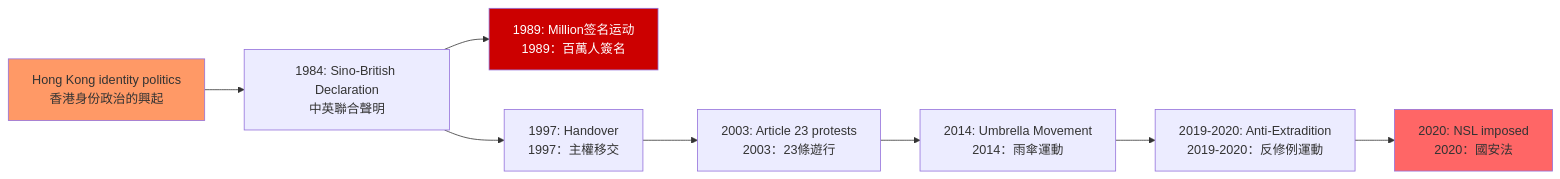
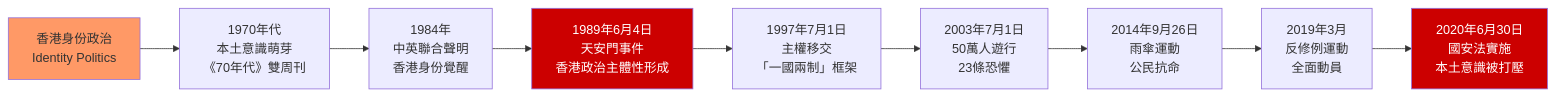
The fifth of 5 diagrams in 01_HKU_Courses/HIST1017_Modern_Hong_Kong.md (yip-lgtm/HKU-Harvard-History-Self-Study), drawn with Mermaid before and after one commit. The commit also changed other lines of this file and 22 other files, not shown here.

````diff
--- a/01_HKU_Courses/HIST1017_Modern_Hong_Kong.md
+++ b/01_HKU_Courses/HIST1017_Modern_Hong_Kong.md
@@ -178,14 +424,15 @@
 ```mermaid
 graph LR
-    A[Hong Kong identity politics<br/>香港身份政治的興起] --> B[1984: Sino-British Declaration<br/>中英聯合聲明]
-    B --> C[1989: Million签名运动<br/>1989：百萬人簽名]
-    B --> D[1997: Handover<br/>1997：主權移交]
-    D --> E[2003: Article 23 protests<br/>2003：23條遊行]
-    E --> F[2014: Umbrella Movement<br/>2014：雨傘運動]
-    F --> G[2019-2020: Anti-Extradition<br/>2019-2020：反修例運動]
-    G --> H[2020: NSL imposed<br/>2020：國安法]
+    A[香港身份政治<br/>Identity Politics] --> B[1970年代<br/>本土意識萌芽<br/>《70年代》雙周刊]
+    B --> C[1984年<br/>中英聯合聲明<br/>香港身份覺醒]
+    C --> D[1989年6月4日<br/>天安門事件<br/>香港政治主體性形成]
+    D --> E[1997年7月1日<br/>主權移交<br/>「一國兩制」框架]
+    E --> F[2003年7月1日<br/>50萬人遊行<br/>23條恐懼]
+    F --> G[2014年9月26日<br/>雨傘運動<br/>公民抗命]
+    G --> H[2019年3月<br/>反修例運動<br/>全面動員]
+    H --> I[2020年6月30日<br/>國安法實施<br/>本土意識被打壓]
     
     style A fill:#f96
-    style C fill:#c00,color:#fff
-    style H fill:#f66
+    style D fill:#c00,color:#fff
+    style I fill:#c00,color:#fff
 ```
````
